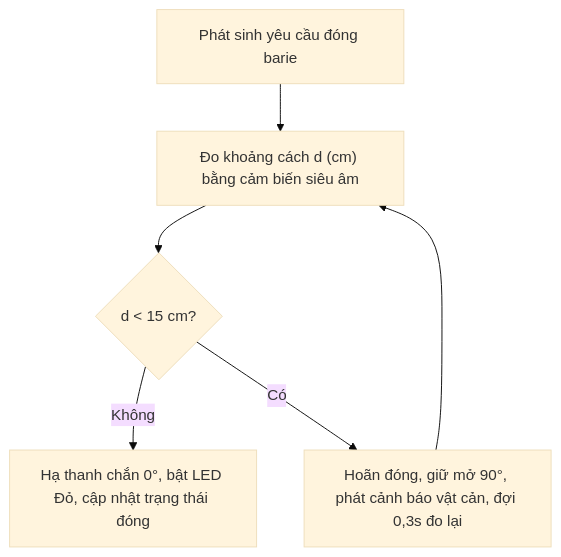
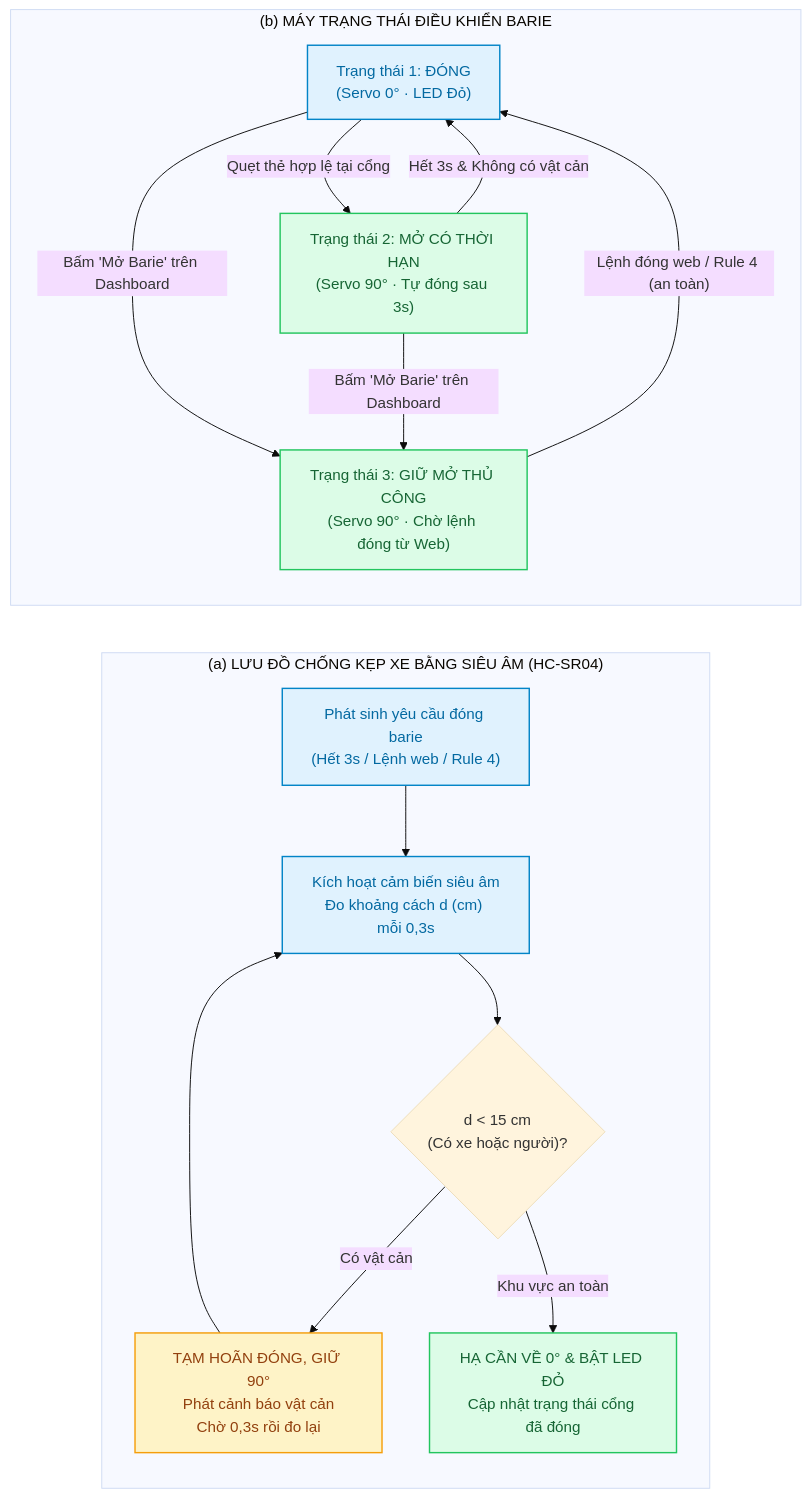
Before and after one commit to Tthoong129/IOT_Nhom4: the fourth of 5 diagrams in docs/BAO_CAO_TIEU_LUAN_HOAN_CHINH.md, drawn with Mermaid (base theme). The commit also changed other lines of this file and 1 other file, not shown here.

Commit message:
docs: redesign Chapter 3 diagrams to compact 16:9 layout with html viewer

````diff
--- a/docs/BAO_CAO_TIEU_LUAN_HOAN_CHINH.md
+++ b/docs/BAO_CAO_TIEU_LUAN_HOAN_CHINH.md
@@ -400,8 +469,32 @@
 ```mermaid
-flowchart TD
-    P1["Phát sinh yêu cầu đóng barie"] --> P2["Đo khoảng cách d (cm) bằng cảm biến siêu âm"]
-    P2 --> P3{"d < 15 cm?"}
-    P3 -->|"Không"| P4["Hạ thanh chắn 0°, bật LED Đỏ, cập nhật trạng thái đóng"]
-    P3 -->|"Có"| P5["Hoãn đóng, giữ mở 90°, phát cảnh báo vật cản, đợi 0,3s đo lại"]
-    P5 --> P2
+flowchart LR
+    subgraph SAFE["(a) LƯU ĐỒ CHỐNG KẸP XE BẰNG SIÊU ÂM (HC-SR04)"]
+        direction TB
+        P1["Phát sinh yêu cầu đóng barie<br/>(Hết 3s / Lệnh web / Rule 4)"] --> P2["Kích hoạt cảm biến siêu âm<br/>Đo khoảng cách d (cm) mỗi 0,3s"]
+        P2 --> P3{"d < 15 cm<br/>(Có xe hoặc người)?"}
+        P3 -- "Có vật cản" --> P4["TẠM HOÃN ĐÓNG, GIỮ 90°<br/>Phát cảnh báo vật cản<br/>Chờ 0,3s rồi đo lại"]
+        P4 --> P2
+        P3 -- "Khu vực an toàn" --> P5["HẠ CẦN VỀ 0° & BẬT LED ĐỎ<br/>Cập nhật trạng thái cổng đã đóng"]
+    end
+
+    subgraph FSM["(b) MÁY TRẠNG THÁI ĐIỀU KHIỂN BARIE"]
+        direction TB
+        CLOSED["Trạng thái 1: ĐÓNG<br/>(Servo 0° · LED Đỏ)"]
+        OPEN_TIMED["Trạng thái 2: MỞ CÓ THỜI HẠN<br/>(Servo 90° · Tự đóng sau 3s)"]
+        OPEN_HOLD["Trạng thái 3: GIỮ MỞ THỦ CÔNG<br/>(Servo 90° · Chờ lệnh đóng từ Web)"]
+
+        CLOSED -->|"Quẹt thẻ hợp lệ tại cổng"| OPEN_TIMED
+        OPEN_TIMED -->|"Hết 3s & Không có vật cản"| CLOSED
+        CLOSED -->|"Bấm 'Mở Barie' trên Dashboard"| OPEN_HOLD
+        OPEN_TIMED -->|"Bấm 'Mở Barie' trên Dashboard"| OPEN_HOLD
+        OPEN_HOLD -->|"Lệnh đóng web / Rule 4 (an toàn)"| CLOSED
+    end
+
+    classDef warnStyle fill:#fef3c7,stroke:#f59e0b,stroke-width:1.5px,color:#92400e;
+    classDef safeStyle fill:#dcfce7,stroke:#22c55e,stroke-width:1.5px,color:#166534;
+    classDef procStyle fill:#e0f2fe,stroke:#0284c7,stroke-width:1.5px,color:#0369a1;
+
+    class P4 warnStyle;
+    class P5,OPEN_TIMED,OPEN_HOLD safeStyle;
+    class P1,P2,CLOSED procStyle;
 ```
````
